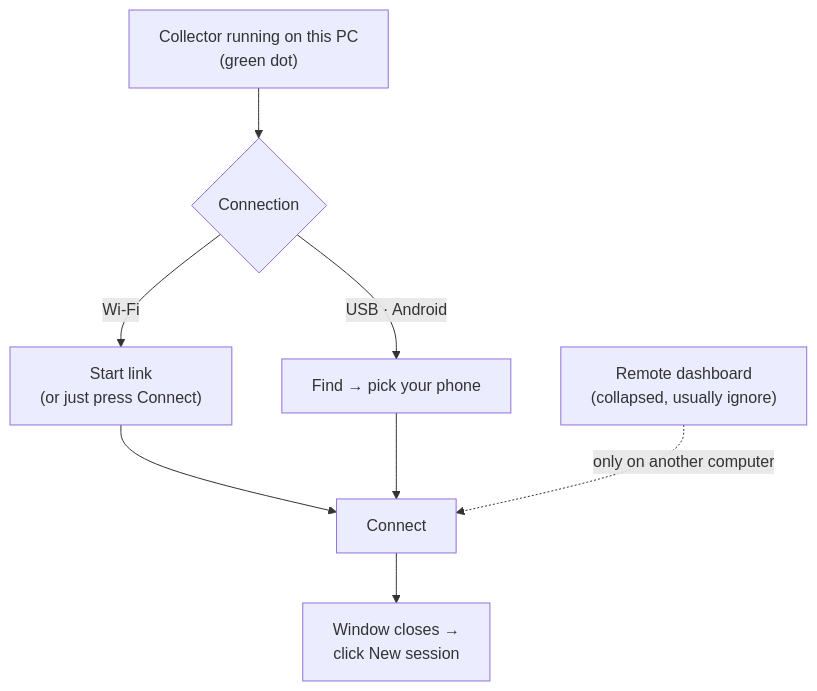
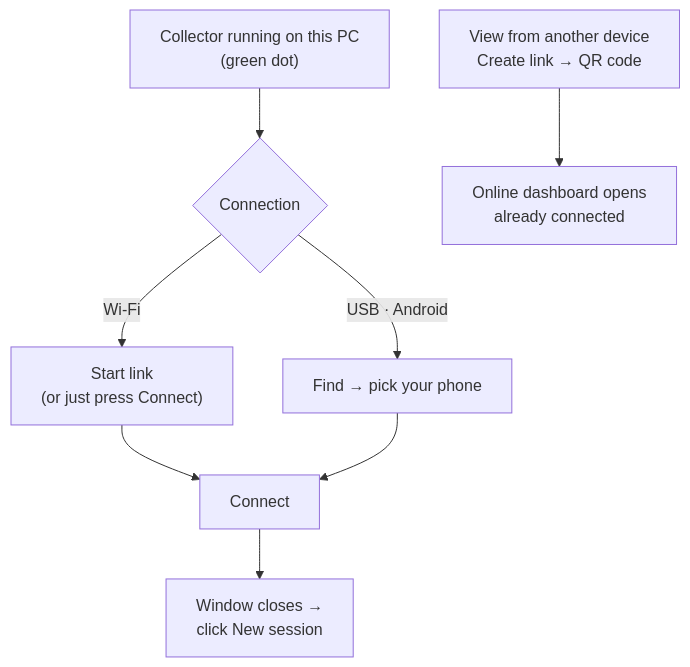
One commit to DeoneAI/tepegoz changed the second of 6 diagrams in HOW_TO_USE.md. Above: the diagram before and after it, drawn with Mermaid. The commit also changed other lines of this file and 12 other files, not shown here.

First line of the commit message:
feat: one-click "View from another device" link to the online dashboard

````diff
--- a/HOW_TO_USE.md
+++ b/HOW_TO_USE.md
@@ -51,10 +51,10 @@
 ```mermaid
 flowchart TD
     A["Collector running on this PC<br/>(green dot)"] --> B{"Connection"}
     B -- "Wi-Fi" --> W["Start link<br/>(or just press Connect)"]
     B -- "USB · Android" --> U["Find → pick your phone"]
     W --> C["Connect"]
     U --> C
     C --> N["Window closes →<br/>click New session"]
-    R["Remote dashboard<br/>(collapsed, usually ignore)"] -. "only on another computer" .-> C
+    R["View from another device<br/>Create link → QR code"] --> V["Online dashboard opens<br/>already connected"]
 ```
````
